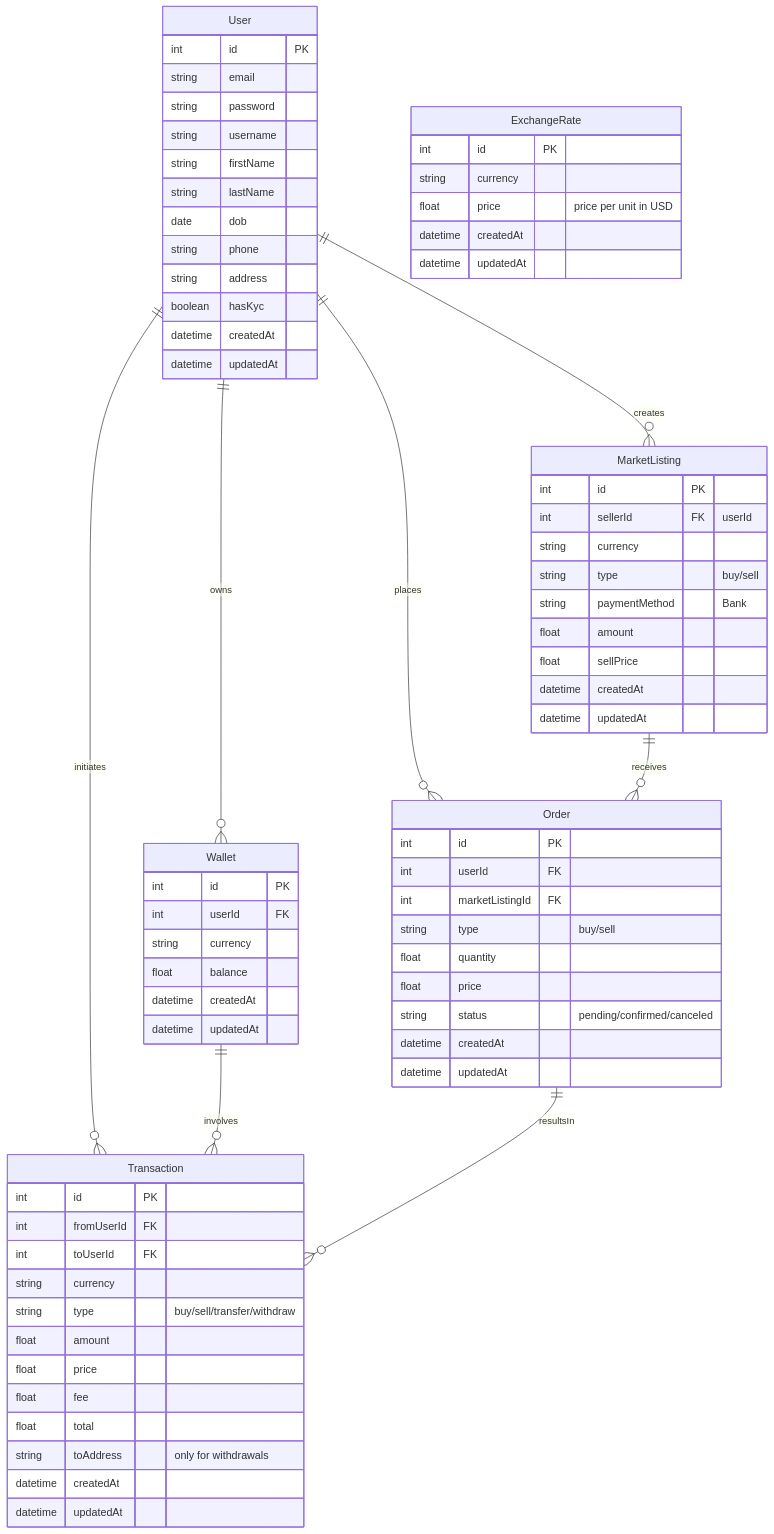
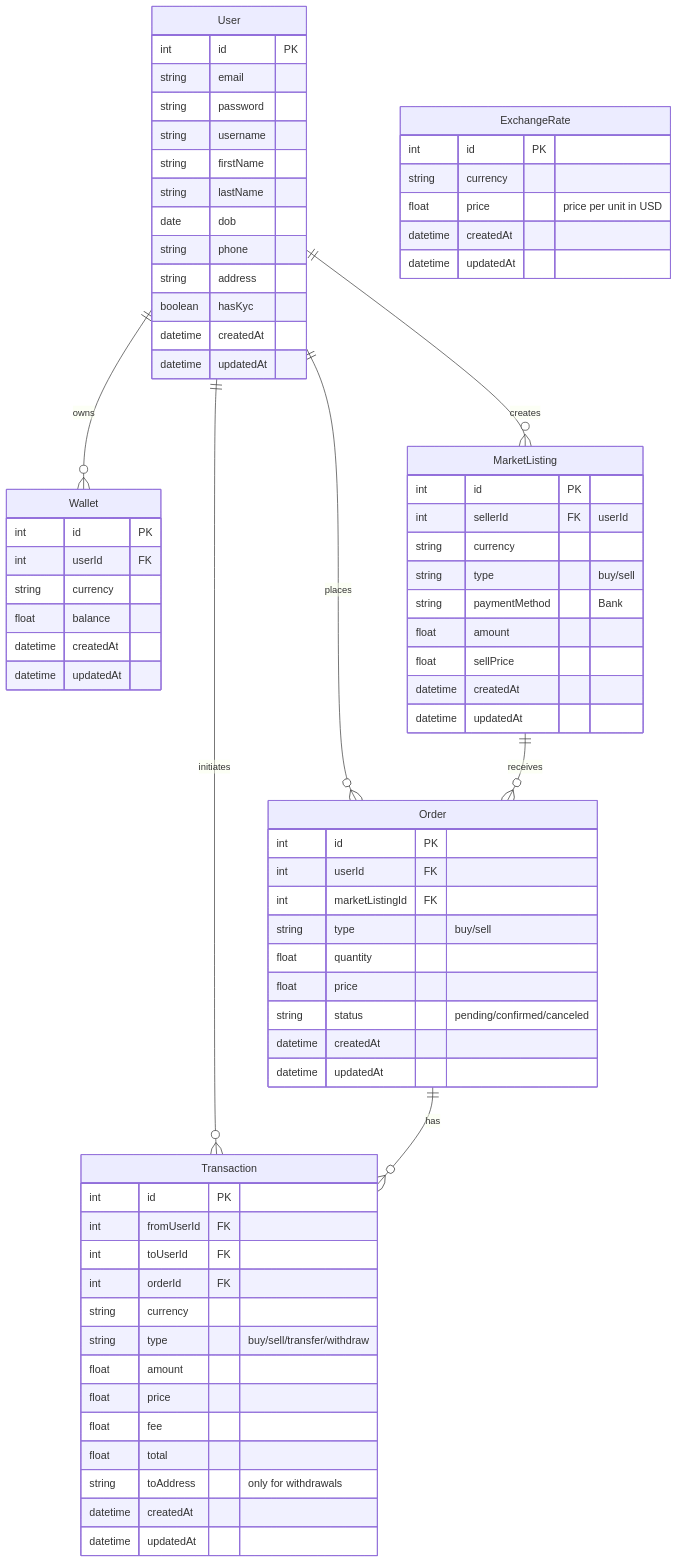
Before and after one commit to boomNDS/skuberg-assignment: the diagram in README.md, drawn with Mermaid. The commit also changed 36 other files, not shown here.

````diff
--- a/README.md
+++ b/README.md
@@ -18,77 +18,77 @@
 ```mermaid
 erDiagram
     User ||--o{ Wallet : owns
     User ||--o{ Transaction : initiates
     User ||--o{ Order : places
     User ||--o{ MarketListing : creates
-    Wallet ||--o{ Transaction : involves
     MarketListing ||--o{ Order : receives
-    Order ||--o{ Transaction : resultsIn
+    Order ||--o{ Transaction : has
 
     User {
         int id PK
         string email
         string password
         string username
         string firstName
         string lastName
         date dob
         string phone
         string address
         boolean hasKyc
         datetime createdAt
         datetime updatedAt
     }
     ExchangeRate {
         int id PK
         string currency
         float price "price per unit in USD"
         datetime createdAt
         datetime updatedAt
     }
     Wallet {
         int id PK
         int userId FK
         string currency
         float balance
         datetime createdAt
         datetime updatedAt
     }
     Transaction {
         int id PK
         int fromUserId FK
         int toUserId FK
+        int orderId FK
         string currency
         string type "buy/sell/transfer/withdraw"
         float amount
         float price
         float fee
         float total
         string toAddress "only for withdrawals"
         datetime createdAt
         datetime updatedAt
     }
     MarketListing {
         int id PK
         int sellerId FK "userId"
         string currency
         string type "buy/sell"
         string paymentMethod "Bank"
         float amount
         float sellPrice
         datetime createdAt
         datetime updatedAt
     }
     Order {
         int id PK
         int userId FK
         int marketListingId FK
         string type "buy/sell"
         float quantity
         float price
         string status "pending/confirmed/canceled"
         datetime createdAt
         datetime updatedAt
     }
 
 ```
````
